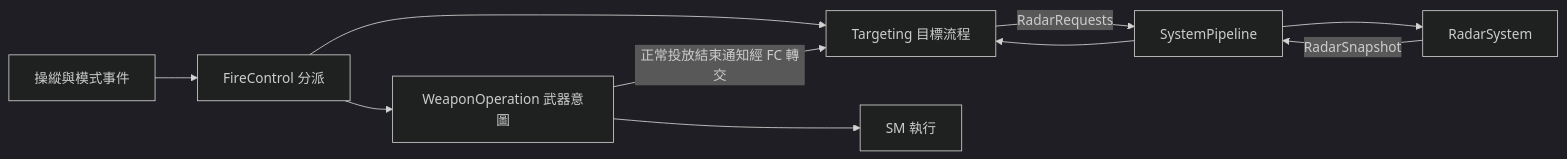
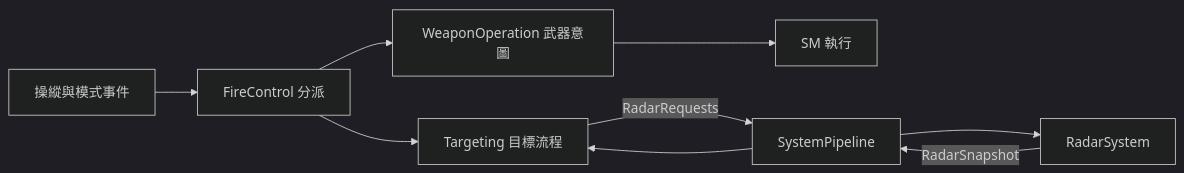
Before and after one commit to jjjjj103074/F-CK-1C: the diagram in src/efm/F-CK-1C_EFM/Core/Systems/MissionComputer/Components/FireControl/README.md, drawn with Mermaid (dark theme). The commit also changed other lines of this file and 1 other file, not shown here.

````diff
--- a/src/efm/F-CK-1C_EFM/Core/Systems/MissionComputer/Components/FireControl/README.md
+++ b/src/efm/F-CK-1C_EFM/Core/Systems/MissionComputer/Components/FireControl/README.md
@@ -17,12 +17,11 @@
 ```mermaid
 flowchart LR
     INPUT[操縱與模式事件] --> FC[FireControl 分派]
     FC --> T[Targeting 目標流程]
     FC --> W[WeaponOperation 武器意圖]
     W --> SM[SM 執行]
-    W -->|正常投放結束通知經 FC 轉交| T
     T -->|RadarRequests| PIPE[SystemPipeline]
     PIPE --> R[RadarSystem]
     R -->|RadarSnapshot| PIPE
     PIPE --> T
 ```
````
